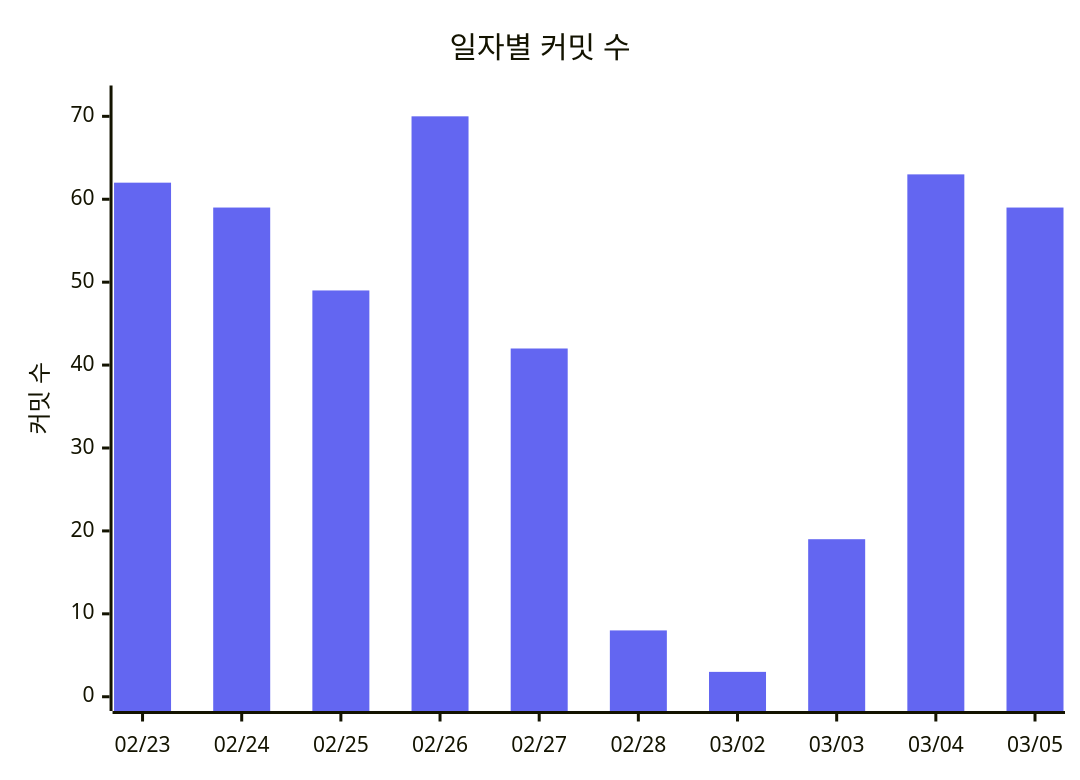
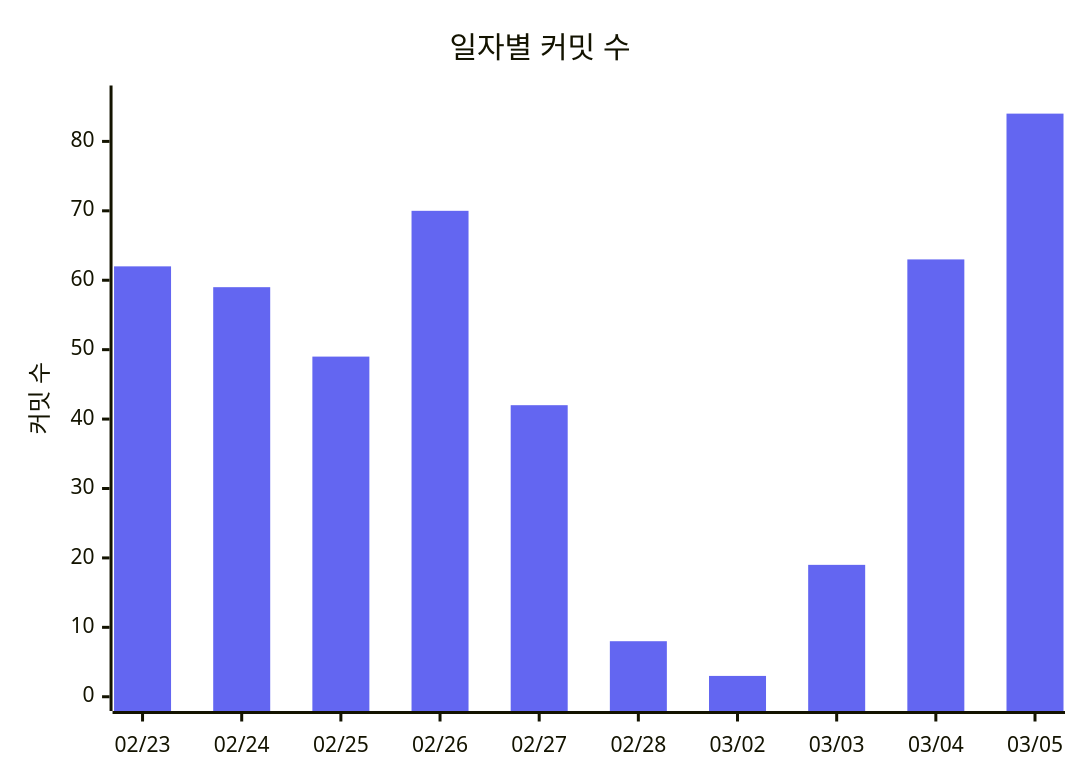
One commit to 3rd-project-team-1/ALYAC-market-team1 changed the fourth of 4 diagrams in README.md. Above: the diagram before and after it, drawn with Mermaid. The commit also changed other lines of this file, not shown here.

````diff
--- a/README.md
+++ b/README.md
@@ -452,12 +452,12 @@
 ```mermaid
 %%{init: { 'theme': 'base', 'themeVariables': {
   'xyChart': {
     'plotColorPalette': '#6366f1'
   }
 } } }%%
 xychart-beta
   title "일자별 커밋 수"
   x-axis ["02/23", "02/24", "02/25", "02/26", "02/27", "02/28", "03/02", "03/03", "03/04", "03/05"]
-  y-axis "커밋 수" 0 --> 72
-  bar [62, 59, 49, 70, 42, 8, 3, 19, 63, 59]
+  y-axis "커밋 수" 0 --> 86
+  bar [62, 59, 49, 70, 42, 8, 3, 19, 63, 84]
 ```
````
